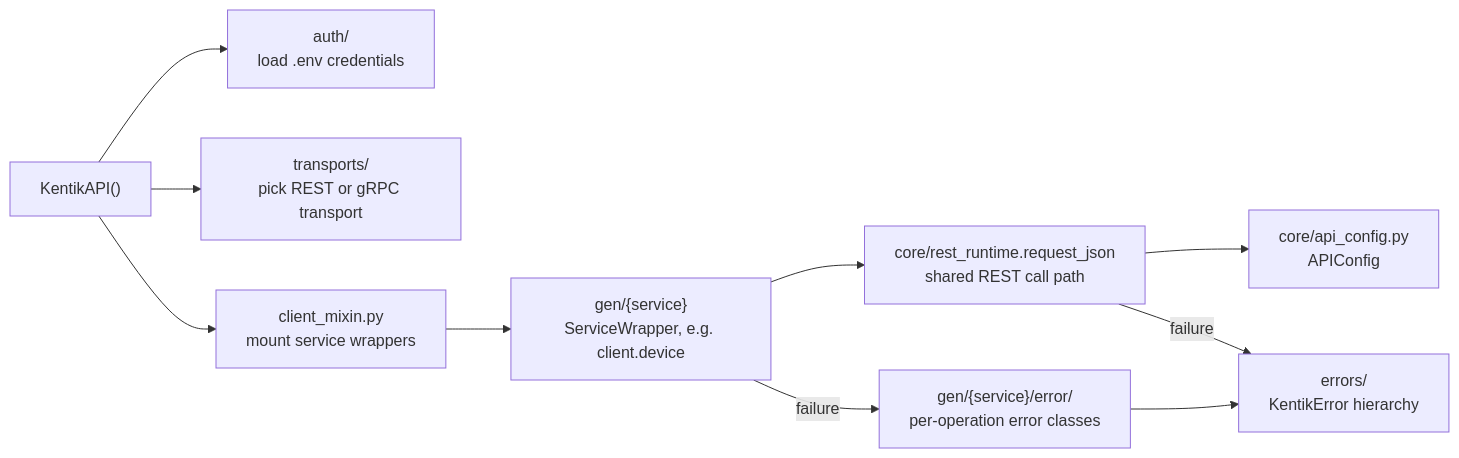
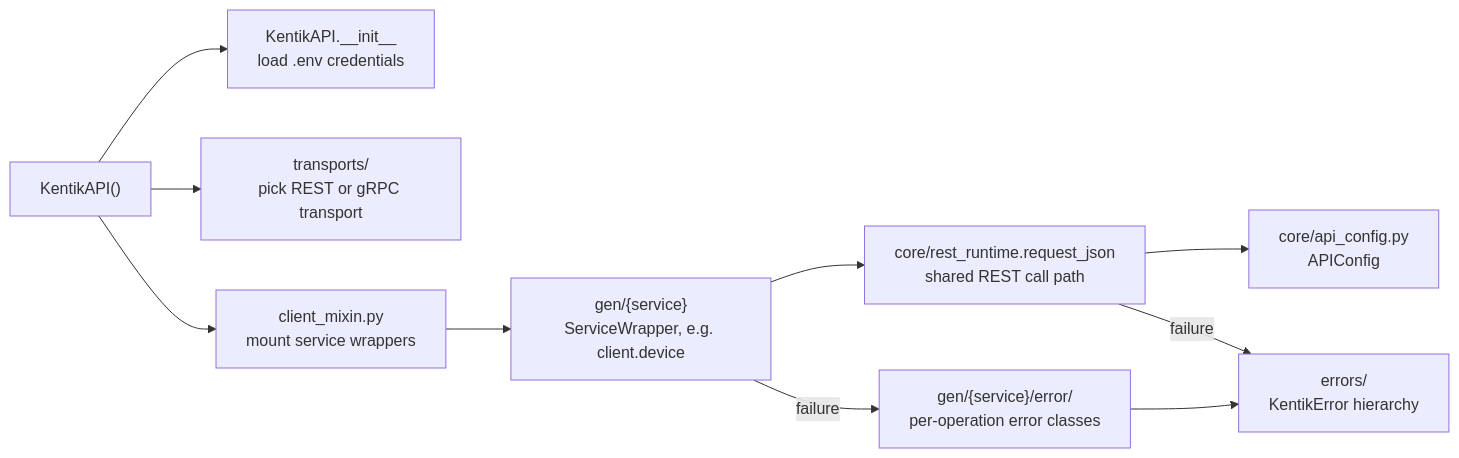
The diagram in src/kentik_api/README.md (alexdearaujo/community_sdk_python), drawn with Mermaid before and after one commit. The commit also changed 19 other files, not shown here.

````diff
--- a/src/kentik_api/README.md
+++ b/src/kentik_api/README.md
@@ -28,13 +28,13 @@
 ```mermaid
 flowchart LR
-    A["KentikAPI()"] --> B["auth/<br/>load .env credentials"]
+    A["KentikAPI()"] --> B["KentikAPI.__init__<br/>load .env credentials"]
     A --> C["transports/<br/>pick REST or gRPC transport"]
     A --> D["client_mixin.py<br/>mount service wrappers"]
     D --> E["gen/{service}<br/>ServiceWrapper, e.g. client.device"]
     E --> F["core/rest_runtime.request_json<br/>shared REST call path"]
     F --> G["core/api_config.py<br/>APIConfig"]
     F -->|failure| H["errors/<br/>KentikError hierarchy"]
     E -->|failure| I["gen/{service}/error/<br/>per-operation error classes"]
     I --> H
 
 ```
````
